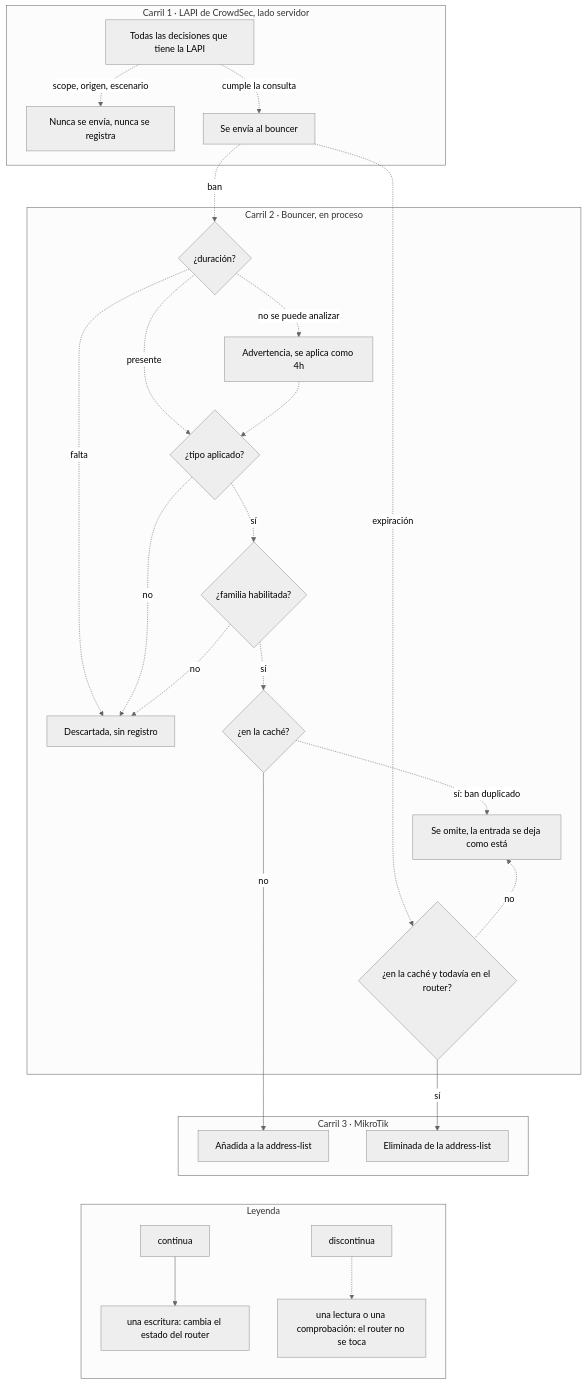
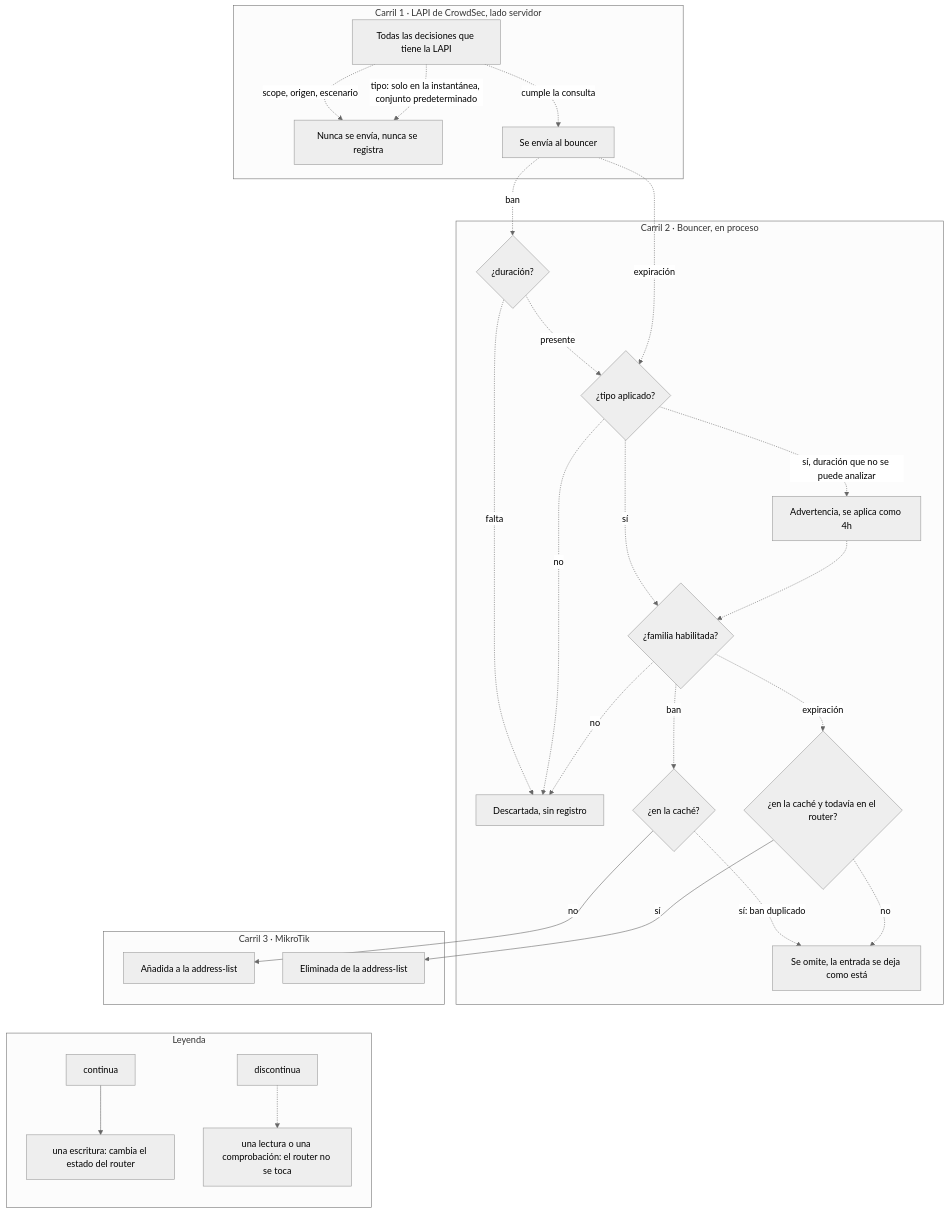
One commit to jmrplens/cs-routeros-bouncer changed the diagram in docs/src/content/docs/es/architecture/decisions.mdx. Above: the diagram before and after it, drawn with Mermaid (neutral theme). The commit also changed other lines of this file and 16 other files, not shown here.

````diff
--- a/docs/src/content/docs/es/architecture/decisions.mdx
+++ b/docs/src/content/docs/es/architecture/decisions.mdx
@@ -14,36 +14,37 @@
 ```mermaid
 flowchart TB
     accTitle: Dónde puede descartarse una decisión de CrowdSec antes de llegar al router
-    accDescr: Tres carriles. En el primero, la Local API aplica los filtros de scope, origen y escenario que viajan en la consulta del bouncer, así que lo que excluyen nunca se envía y nada local lo registra. En el segundo, el bouncer descarta una decisión nueva sin duración, una cuyo tipo no está en el conjunto que aplica y una de una familia de protocolo desactivada, todo ello sin dejar registro; una duración que no puede analizar se advierte y se aplica como cuatro horas en lugar de descartarse, y un ban cuya dirección ya está en la caché en memoria se omite sin llamar a la API. Una expiración se omite si su dirección no está en la caché o ya no está en el router. En el tercero, lo que queda se añade a la address-list o se elimina de ella.
+    accDescr: Tres carriles. En el primero, la Local API aplica los filtros de scope, origen y escenario que viajan en la consulta del bouncer, más un filtro de tipo en la instantánea de reconciliación mientras el conjunto de tipos aplicados sea el predeterminado, así que lo que excluyen nunca se envía y nada local lo registra. En el segundo, primero se descarta la decisión nueva que no trae duración; toda decisión que queda, expiraciones incluidas, se descarta después si su tipo no está en el conjunto que aplica y si su familia de protocolo está desactivada, todo ello sin dejar registro. Una duración que no puede analizar se advierte y se aplica como cuatro horas en lugar de descartarse. Un ban cuya dirección ya está en la caché en memoria se omite sin llamar a la API, y una expiración se omite si su dirección no está en la caché o ya no está en el router. En el tercero, lo que queda se añade a la address-list o se elimina de ella.
     subgraph LAPI["Carril 1 · LAPI de CrowdSec, lado servidor"]
         ALL["Todas las decisiones que tiene la LAPI"]
         ALL -. "scope, origen, escenario" .-> N1["Nunca se envía, nunca se registra"]
+        ALL -. "tipo: solo en la instantánea, conjunto predeterminado" .-> N1
         ALL -. "cumple la consulta" .-> SENT["Se envía al bouncer"]
     end
     subgraph BOUNCER["Carril 2 · Bouncer, en proceso"]
         SENT -. "ban" .-> D{"¿duración?"}
         D -. "falta" .-> N2["Descartada, sin registro"]
-        D -. "no se puede analizar" .-> W["Advertencia, se aplica como 4h"]
         D -. "presente" .-> T{"¿tipo aplicado?"}
-        W -.-> T
+        SENT -. "expiración" .-> T
         T -. "no" .-> N2
+        T -. "sí, duración que no se puede analizar" .-> W["Advertencia, se aplica como 4h"]
         T -. "sí" .-> PR{"¿familia habilitada?"}
+        W -.-> PR
         PR -. "no" .-> N2
-        PR -. "sí" .-> CA{"¿en la caché?"}
+        PR -. "ban" .-> CA{"¿en la caché?"}
+        PR -. "expiración" .-> CD{"¿en la caché y todavía en el router?"}
         CA -. "sí: ban duplicado" .-> N3["Se omite, la entrada se deja como está"]
-        SENT -. "expiración" .-> CD{"¿en la caché y todavía en el router?"}
         CD -. "no" .-> N3
-        N3 ~~~ CD
     end
     subgraph ROUTER["Carril 3 · MikroTik"]
         CA -- "no" --> ADD["Añadida a la address-list"]
         CD -- "sí" --> DEL["Eliminada de la address-list"]
     end
 
     ADD ~~~ LEG
     subgraph LEG["Leyenda"]
         direction TB
         LA["continua"] --> LB["una escritura: cambia el estado del router"]
         LC["discontinua"] -.-> LD["una lectura o una comprobación: el router no se toca"]
     end
 ```
````
